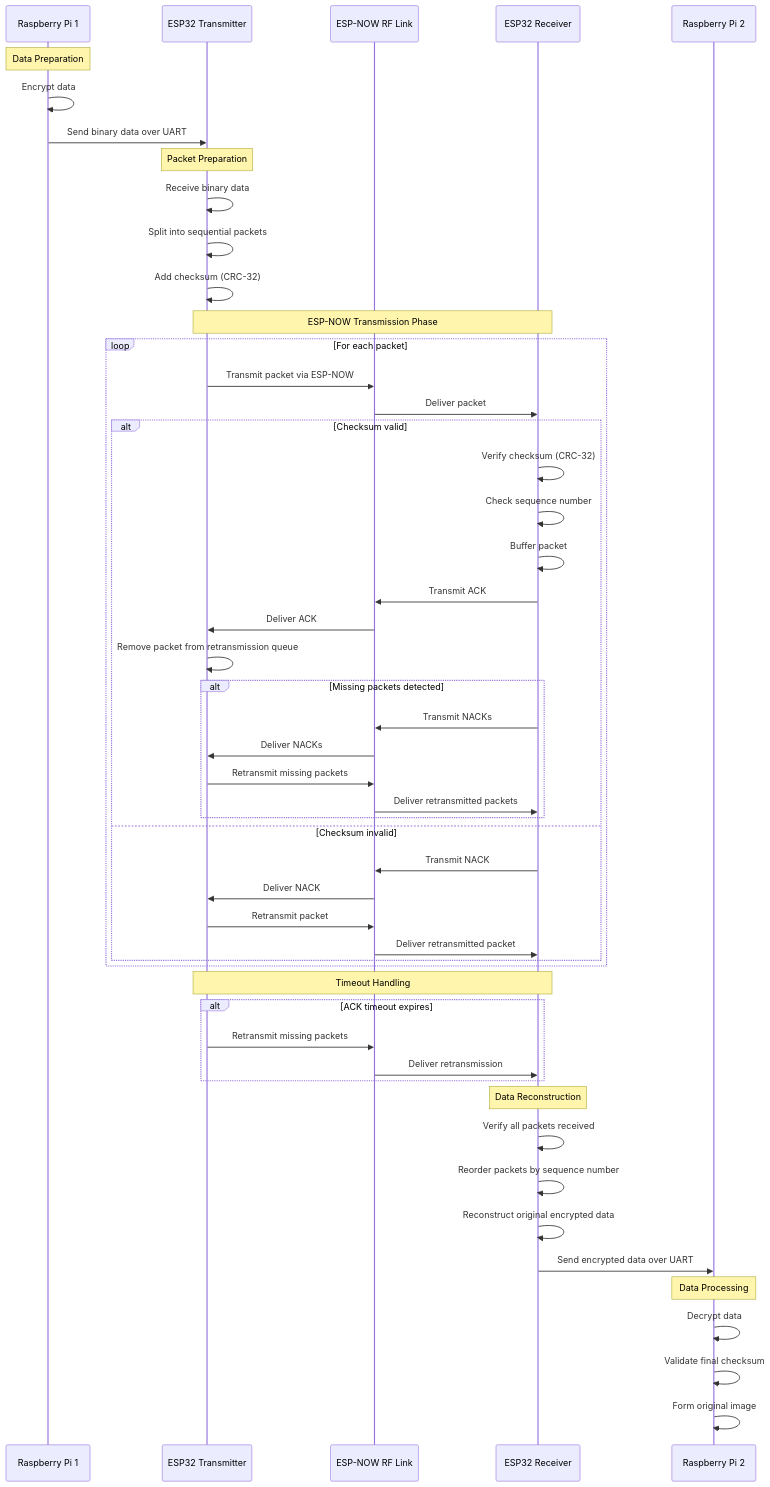
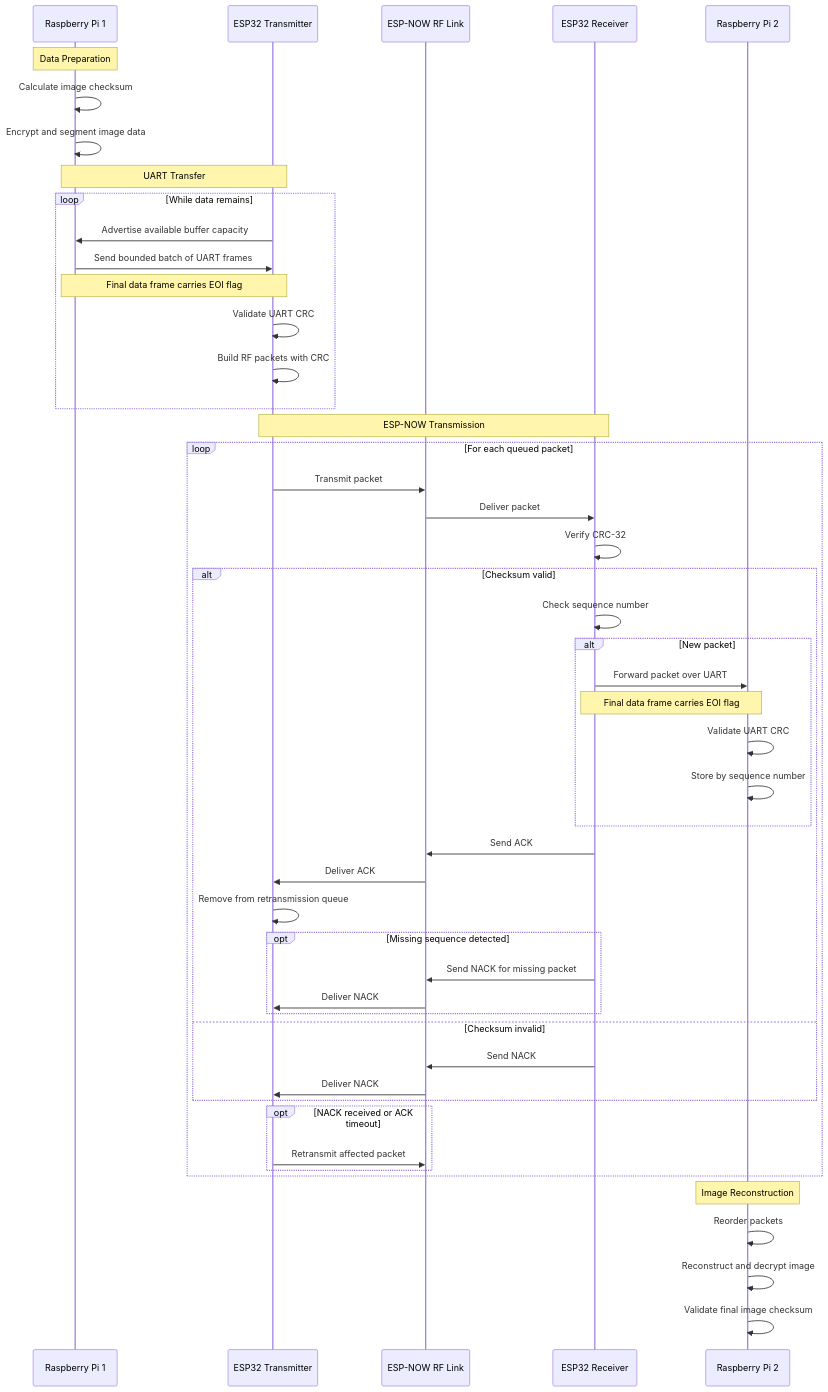
One commit to marcusgigandet/dsig changed the second of 2 diagrams in docs/architecture/RCP.md. Above: the diagram before and after it, drawn with Mermaid.

Commit message:
feat: Update RCP diagram.

````diff
--- a/docs/architecture/RCP.md
+++ b/docs/architecture/RCP.md
@@ -36,62 +36,63 @@
 ```mermaid
 sequenceDiagram
     participant PI_TX as Raspberry Pi 1
     participant ESP_TX as ESP32 Transmitter
     participant RF as ESP-NOW RF Link
     participant ESP_RX as ESP32 Receiver
     participant PI_RX as Raspberry Pi 2
 
     Note over PI_TX: Data Preparation
-    PI_TX->>PI_TX: Encrypt data
-    PI_TX->>ESP_TX: Send binary data over UART
+    PI_TX->>PI_TX: Calculate image checksum
+    PI_TX->>PI_TX: Encrypt and segment image data
 
-    Note over ESP_TX: Packet Preparation
-    ESP_TX->>ESP_TX: Receive binary data
-    ESP_TX->>ESP_TX: Split into sequential packets
-    ESP_TX->>ESP_TX: Add checksum (CRC-32)
+    Note over PI_TX,ESP_TX: UART Transfer
 
-    Note over ESP_TX,ESP_RX: ESP-NOW Transmission Phase
-    loop For each packet
-        ESP_TX->>RF: Transmit packet via ESP-NOW
+    loop While data remains
+        ESP_TX->>PI_TX: Advertise available buffer capacity
+        PI_TX->>ESP_TX: Send bounded batch of UART frames
+        Note over PI_TX,ESP_TX: Final data frame carries EOI flag
+        ESP_TX->>ESP_TX: Validate UART CRC
+        ESP_TX->>ESP_TX: Build RF packets with CRC
+    end
+    
+    Note over ESP_TX,ESP_RX: ESP-NOW Transmission
+    loop For each queued packet
+        ESP_TX->>RF: Transmit packet
         RF->>ESP_RX: Deliver packet
 
+        ESP_RX->>ESP_RX: Verify CRC-32
+
         alt Checksum valid
-            ESP_RX->>ESP_RX: Verify checksum (CRC-32)
             ESP_RX->>ESP_RX: Check sequence number
-            ESP_RX->>ESP_RX: Buffer packet
-            ESP_RX->>RF: Transmit ACK
+
+            alt New packet
+                ESP_RX->>PI_RX: Forward packet over UART
+                Note over ESP_RX,PI_RX: Final data frame carries EOI flag
+                PI_RX->>PI_RX: Validate UART CRC
+                PI_RX->>PI_RX: Store by sequence number
+            end
+
+            ESP_RX->>RF: Send ACK
             RF->>ESP_TX: Deliver ACK
-            ESP_TX->>ESP_TX: Remove packet from retransmission queue
+            ESP_TX->>ESP_TX: Remove from retransmission queue
 
-            alt Missing packets detected
-                ESP_RX->>RF: Transmit NACKs
-                RF->>ESP_TX: Deliver NACKs
-                ESP_TX->>RF: Retransmit missing packets
-                RF->>ESP_RX: Deliver retransmitted packets
+            opt Missing sequence detected
+                ESP_RX->>RF: Send NACK for missing packet
+                RF->>ESP_TX: Deliver NACK
             end
 
         else Checksum invalid
-            ESP_RX->>RF: Transmit NACK
+            ESP_RX->>RF: Send NACK
             RF->>ESP_TX: Deliver NACK
-            ESP_TX->>RF: Retransmit packet
-            RF->>ESP_RX: Deliver retransmitted packet
+        end
+
+        opt NACK received or ACK timeout
+            ESP_TX->>RF: Retransmit affected packet
         end
     end
 
-    Note over ESP_TX,ESP_RX: Timeout Handling
-    alt ACK timeout expires
-        ESP_TX->>RF: Retransmit missing packets
-        RF->>ESP_RX: Deliver retransmission
-    end
-
-    Note over ESP_RX: Data Reconstruction
-    ESP_RX->>ESP_RX: Verify all packets received
-    ESP_RX->>ESP_RX: Reorder packets by sequence number
-    ESP_RX->>ESP_RX: Reconstruct original encrypted data
-    ESP_RX->>PI_RX: Send encrypted data over UART
-
-    Note over PI_RX: Data Processing
-    PI_RX->>PI_RX: Decrypt data
-    PI_RX->>PI_RX: Validate final checksum
-    PI_RX->>PI_RX: Form original image
+    Note over PI_RX: Image Reconstruction
+    PI_RX->>PI_RX: Reorder packets
+    PI_RX->>PI_RX: Reconstruct and decrypt image
+    PI_RX->>PI_RX: Validate final image checksum
 ```
````
